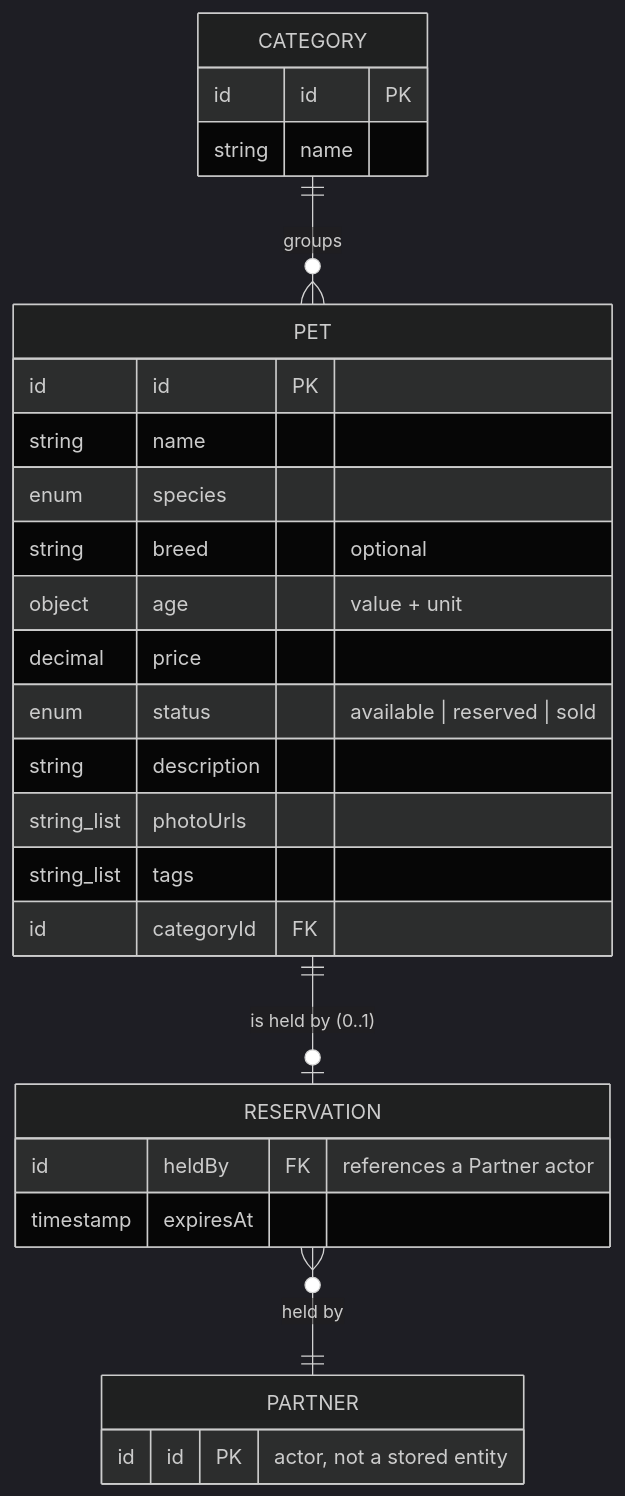
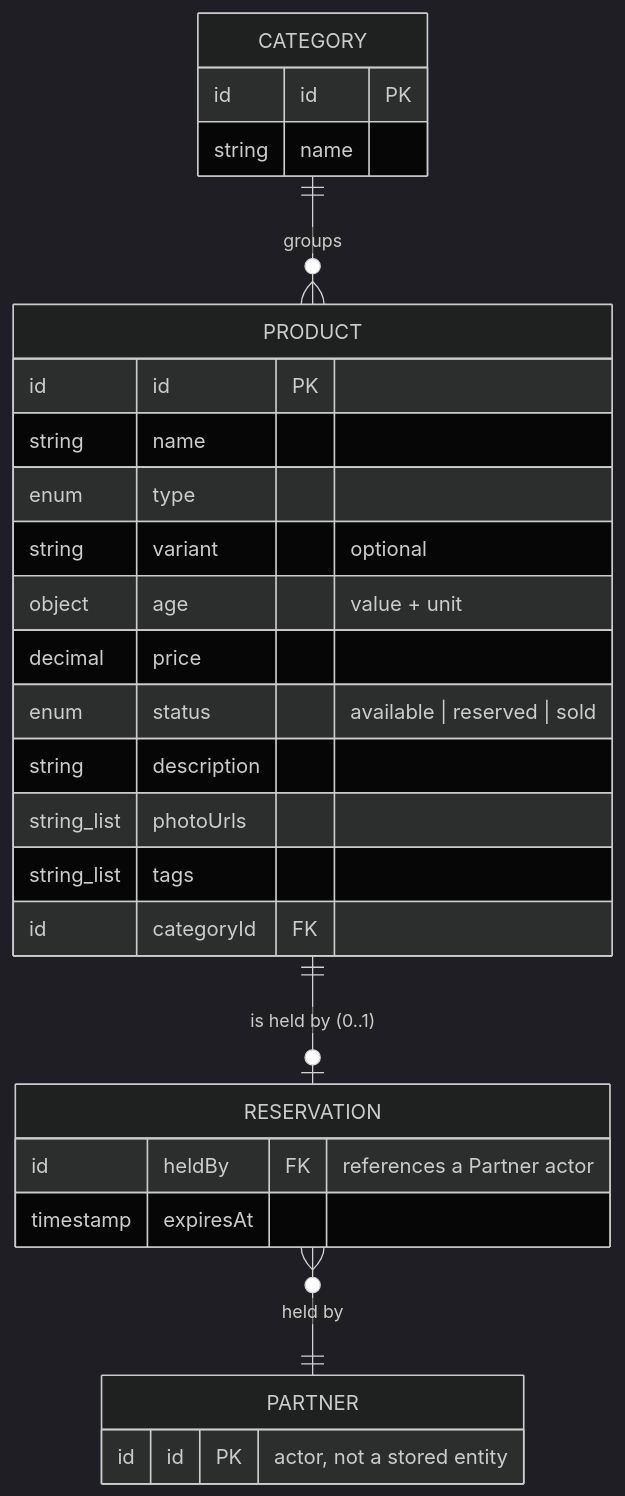
Before and after one commit to kieranpotts/specs: the first of 2 diagrams in specification/context/model/README.md, drawn with Mermaid (dark theme). The commit also changed other lines of this file and 31 other files, not shown here.

````diff
--- a/specification/context/model/README.md
+++ b/specification/context/model/README.md
@@ -64,34 +64,34 @@
 ```mermaid
 erDiagram
-    CATEGORY ||--o{ PET : "groups"
-    PET ||--o| RESERVATION : "is held by (0..1)"
+    CATEGORY ||--o{ PRODUCT : "groups"
+    PRODUCT ||--o| RESERVATION : "is held by (0..1)"
     RESERVATION }o--|| PARTNER : "held by"
 
     CATEGORY {
         id   id   PK
         string name
     }
 
-    PET {
+    PRODUCT {
         id          id          PK
         string      name
-        enum        species
-        string      breed       "optional"
+        enum        type
+        string      variant     "optional"
         object      age         "value + unit"
         decimal     price
         enum        status      "available | reserved | sold"
         string      description
         string_list photoUrls
         string_list tags
         id          categoryId  FK
     }
 
     RESERVATION {
         id        heldBy    FK "references a Partner actor"
         timestamp expiresAt
     }
 
     PARTNER {
         id id PK "actor, not a stored entity"
     }
 ```
````
